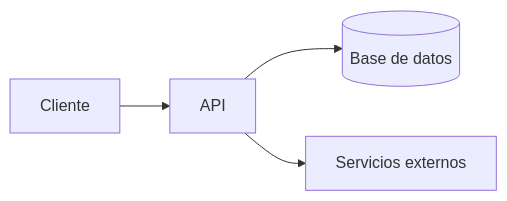
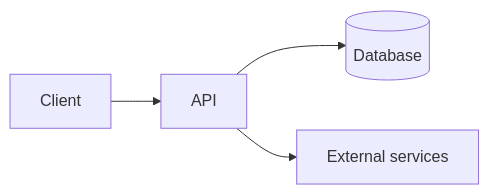
Before and after one commit to SoftCollie/skills: the diagram in plugins/vibecoding-docs/skills/vibecoding-docs/templates/02-trd.md, drawn with Mermaid. The commit also changed other lines of this file and 19 other files, not shown here.

````diff
--- a/plugins/vibecoding-docs/skills/vibecoding-docs/templates/02-trd.md
+++ b/plugins/vibecoding-docs/skills/vibecoding-docs/templates/02-trd.md
@@ -29,6 +29,6 @@
 ```mermaid
 flowchart LR
-  Cliente --> API
-  API --> BD[(Base de datos)]
-  API --> Externos[Servicios externos]
+  Client --> API
+  API --> DB[(Database)]
+  API --> External[External services]
 ```
````
